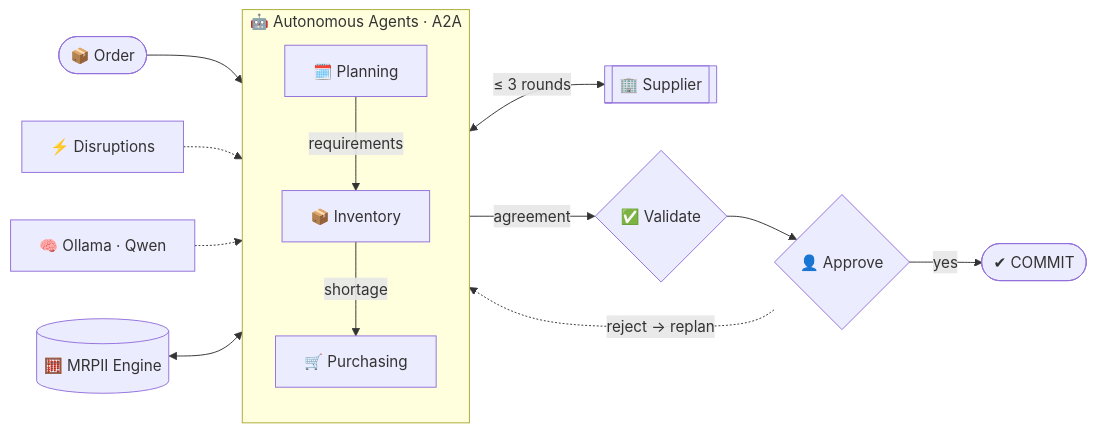
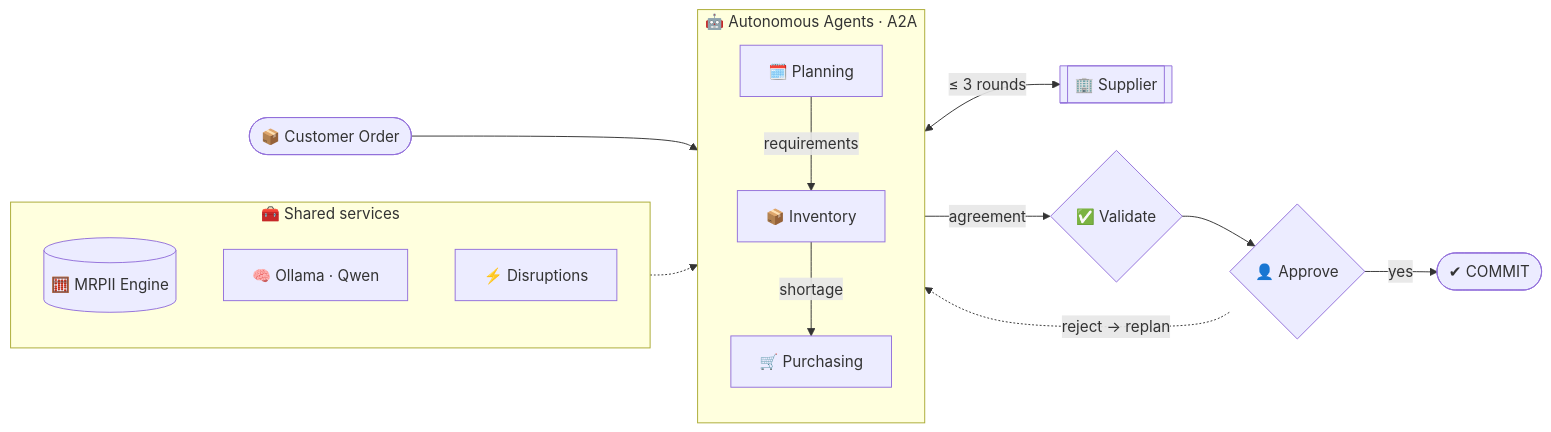
The first of 2 diagrams in README.md (KalpeshEragi/KalpeshEragi), drawn with Mermaid before and after one commit.

Commit message:
Stack agents vertically in flagship diagram

````diff
--- a/README.md
+++ b/README.md
@@ -57,17 +57,21 @@
 ```mermaid
 flowchart LR
-    O([📦 Order]) --> P
+    O([📦 Customer Order]) --> AG
+    subgraph SUP["🧰 Shared services"]
+      direction TB
+      MRP[(🧮 MRPII Engine)]
+      LLM[🧠 Ollama · Qwen]
+      SIM[⚡ Disruptions]
+    end
     subgraph AG["🤖 Autonomous Agents · A2A"]
       direction TB
       P[🗓️ Planning] -- requirements --> I[📦 Inventory]
       I -- shortage --> U[🛒 Purchasing]
     end
-    U <-- "≤ 3 rounds" --> S[[🏢 Supplier]]
-    U -- agreement --> V{✅ Validate}
+    SUP -.-> AG
+    AG <-- "≤ 3 rounds" --> S[[🏢 Supplier]]
+    AG -- agreement --> V{✅ Validate}
     V --> H{👤 Approve}
     H -- yes --> C([✔ COMMIT])
-    H -. reject → replan .-> P
-    SIM[⚡ Disruptions] -.-> AG
-    LLM[🧠 Ollama · Qwen] -.-> AG
-    MRP[(🧮 MRPII Engine)] <--> AG
+    H -. reject → replan .-> AG
 ```
````
